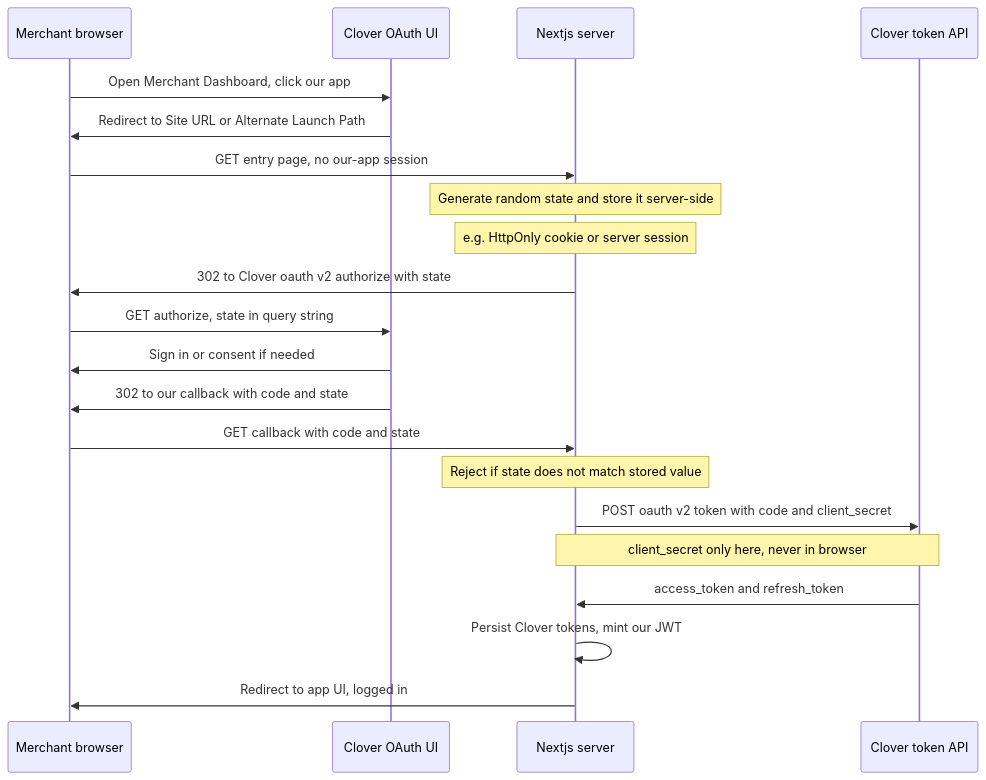
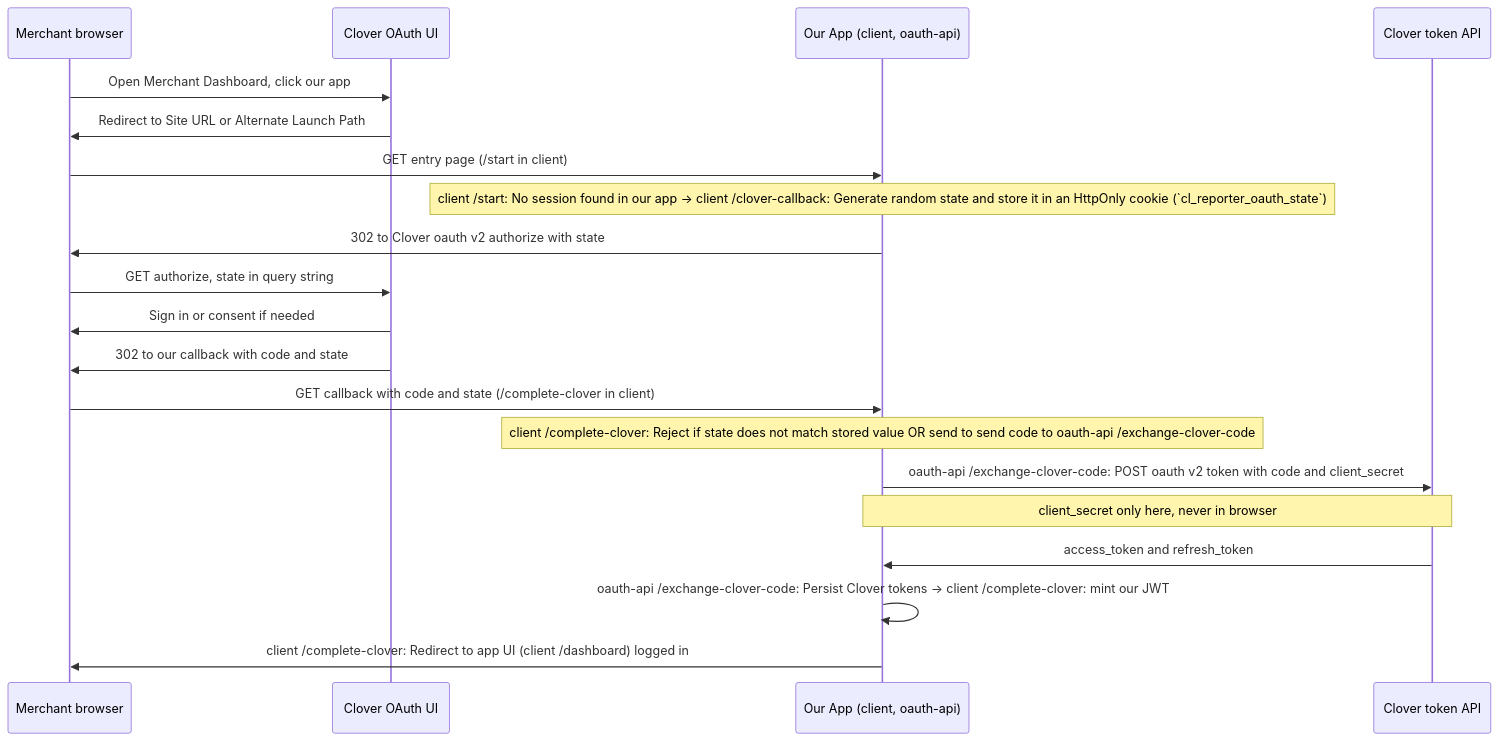
Before and after one commit to 1ntellijosh/cl-reporter: the diagram in README.md, drawn with Mermaid.

````diff
--- a/README.md
+++ b/README.md
@@ -11,24 +11,23 @@
 ```mermaid
 sequenceDiagram
     participant B as Merchant browser
     participant CloverUI as Clover OAuth UI
-    participant S as Nextjs server
+    participant S as Our App (client, oauth-api)
     participant T as Clover token API
 
     B->>CloverUI: Open Merchant Dashboard, click our app
     CloverUI->>B: Redirect to Site URL or Alternate Launch Path
-    B->>S: GET entry page, no our-app session
-    Note over S: Generate random state and store it server-side
-    Note over S: e.g. HttpOnly cookie or server session
+    B->>S: GET entry page (/start in client)
+    Note over S: client /start: No session found in our app -> client /clover-callback: Generate random state and store it in an HttpOnly cookie (`cl_reporter_oauth_state`)
     S->>B: 302 to Clover oauth v2 authorize with state
     B->>CloverUI: GET authorize, state in query string
     CloverUI->>B: Sign in or consent if needed
     CloverUI->>B: 302 to our callback with code and state
-    B->>S: GET callback with code and state
-    Note over S: Reject if state does not match stored value
-    S->>T: POST oauth v2 token with code and client_secret
+    B->>S: GET callback with code and state (/complete-clover in client)
+    Note over S: client /complete-clover: Reject if state does not match stored value OR send to send code to oauth-api /exchange-clover-code
+    S->>T: oauth-api /exchange-clover-code: POST oauth v2 token with code and client_secret
     Note over S,T: client_secret only here, never in browser
     T->>S: access_token and refresh_token
-    S->>S: Persist Clover tokens, mint our JWT
-    S->>B: Redirect to app UI, logged in
+    S->>S: oauth-api /exchange-clover-code: Persist Clover tokens -> client /complete-clover: mint our JWT
+    S->>B: client /complete-clover: Redirect to app UI (client /dashboard) logged in
 ```
````
